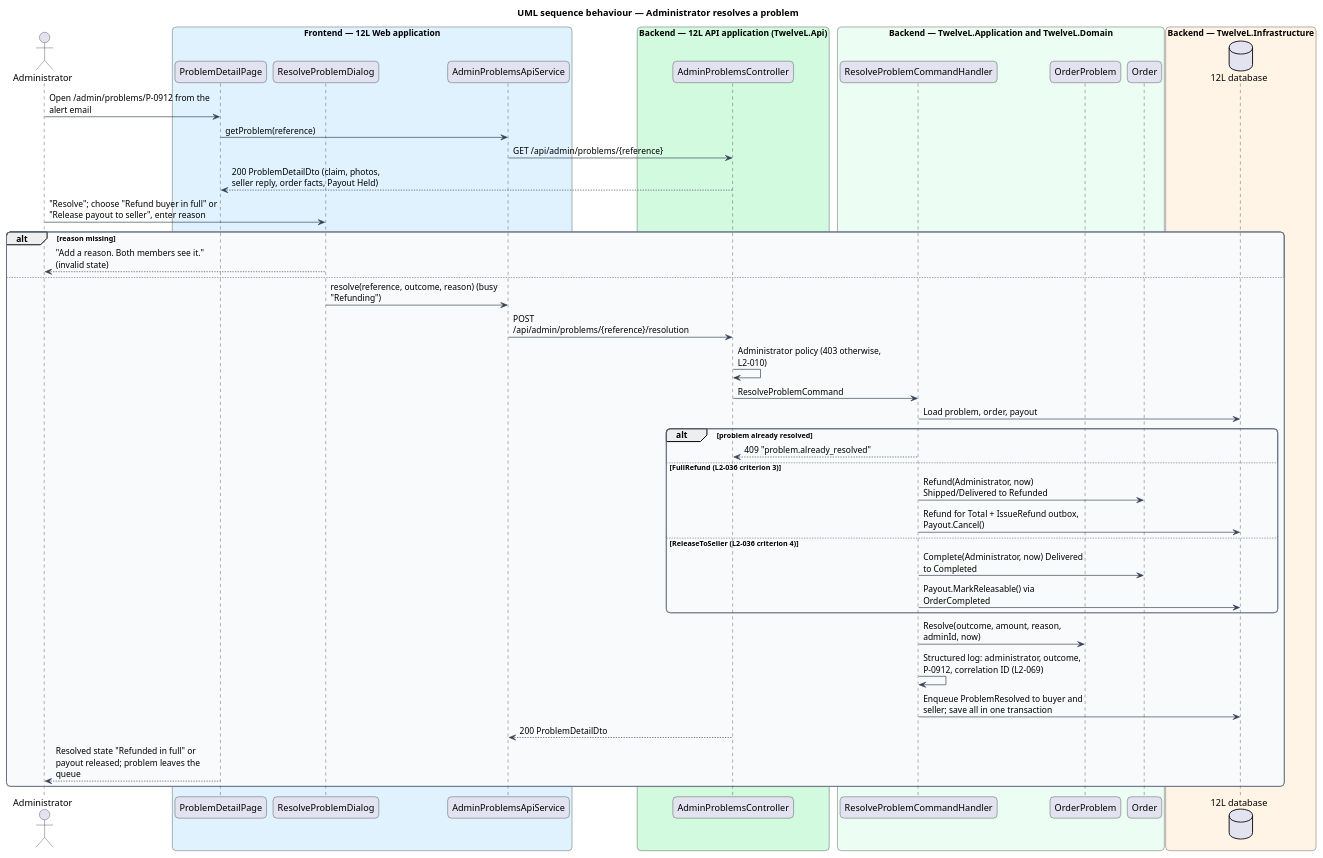
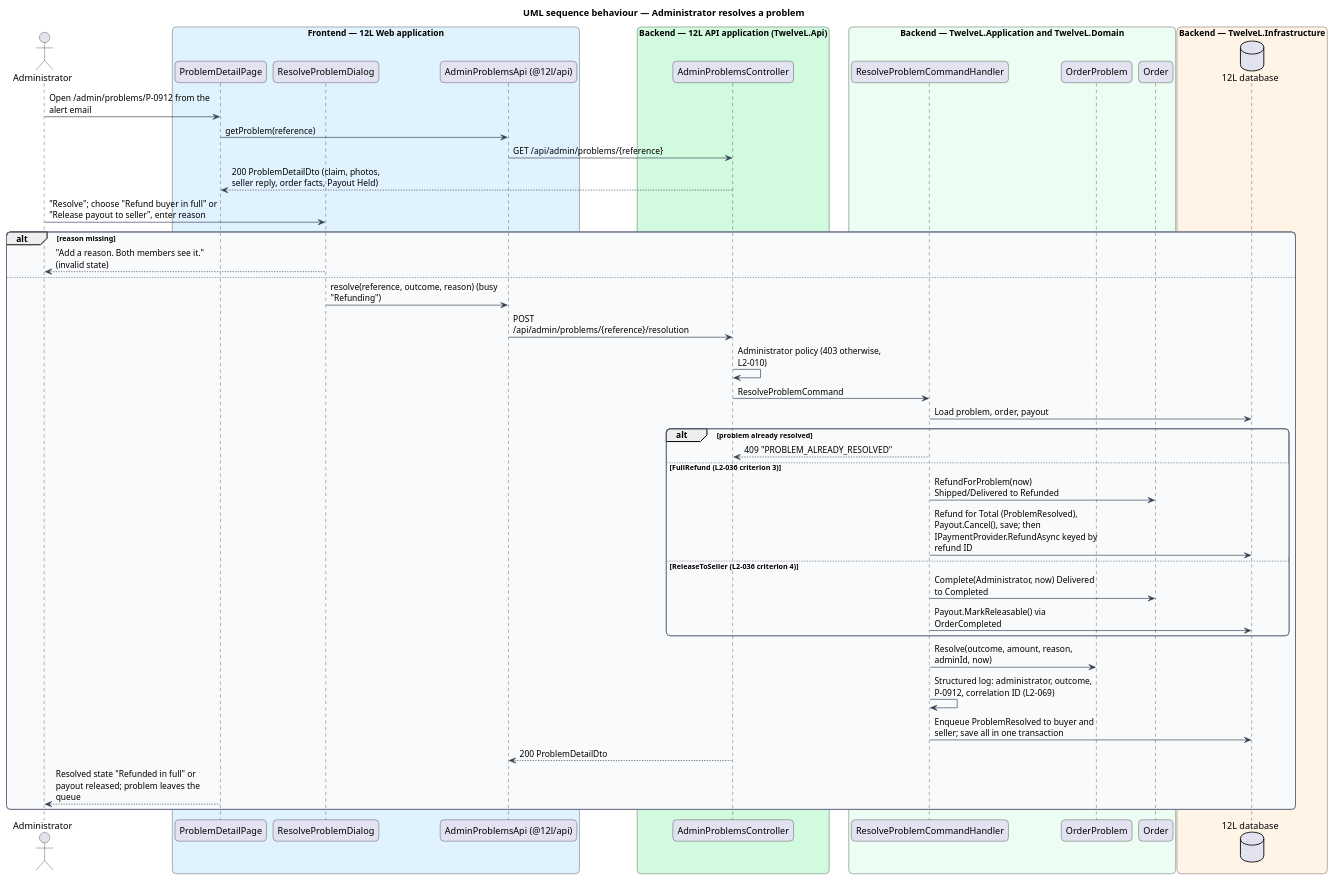
One commit to QuinntyneBrown/12l changed the diagram in docs/detailed-designs/orders/resolve-order-problems/diagrams/sequence-resolve-problem.puml. Above: the diagram before and after it, drawn with PlantUML. The commit also changed 76 other files, not shown here.

Commit message:
Document resolve-order-problems: design, ADR orders/0007, L2-036, design system, composition, mocks, estimates

```diff
--- a/docs/detailed-designs/orders/resolve-order-problems/diagrams/sequence-resolve-problem.puml
+++ b/docs/detailed-designs/orders/resolve-order-problems/diagrams/sequence-resolve-problem.puml
@@ -1,64 +1,64 @@
 @startuml
 title UML sequence behaviour — Administrator resolves a problem
 skinparam backgroundColor #FFFFFF
 skinparam shadowing false
 skinparam roundcorner 12
 skinparam defaultFontName Arial
 skinparam ArrowColor #344054
 skinparam rectangle {
   BorderColor #344054
   FontColor #101828
 }
 skinparam package {
   BorderColor #667085
   FontColor #101828
   BackgroundColor #F9FAFB
 }
 skinparam sequenceMessageAlign left
 skinparam maxMessageSize 260
 actor "Administrator" as actor
 box "Frontend — 12L Web application" #E0F2FE
   participant "ProblemDetailPage" as page
   participant "ResolveProblemDialog" as dlg
-  participant "AdminProblemsApiService" as client
+  participant "AdminProblemsApi (@12l/api)" as client
 end box
 box "Backend — 12L API application (TwelveL.Api)" #D1FADF
   participant "AdminProblemsController" as ctrl
 end box
 box "Backend — TwelveL.Application and TwelveL.Domain" #ECFDF3
   participant "ResolveProblemCommandHandler" as h
   participant "OrderProblem" as prob
   participant "Order" as order
 end box
 box "Backend — TwelveL.Infrastructure" #FFF4E5
   database "12L database" as db
 end box
 actor -> page : Open /admin/problems/P-0912 from the alert email
 page -> client : getProblem(reference)
 client -> ctrl : GET /api/admin/problems/{reference}
 ctrl --> page : 200 ProblemDetailDto (claim, photos, seller reply, order facts, Payout Held)
 actor -> dlg : "Resolve"; choose "Refund buyer in full" or "Release payout to seller", enter reason
 alt reason missing
   dlg --> actor : "Add a reason. Both members see it." (invalid state)
 else
   dlg -> client : resolve(reference, outcome, reason) (busy "Refunding")
   client -> ctrl : POST /api/admin/problems/{reference}/resolution
   ctrl -> ctrl : Administrator policy (403 otherwise, L2-010)
   ctrl -> h : ResolveProblemCommand
   h -> db : Load problem, order, payout
   alt problem already resolved
-    h --> ctrl : 409 "problem.already_resolved"
+    h --> ctrl : 409 "PROBLEM_ALREADY_RESOLVED"
   else FullRefund (L2-036 criterion 3)
-    h -> order : Refund(Administrator, now) Shipped/Delivered to Refunded
-    h -> db : Refund for Total + IssueRefund outbox, Payout.Cancel()
+    h -> order : RefundForProblem(now) Shipped/Delivered to Refunded
+    h -> db : Refund for Total (ProblemResolved), Payout.Cancel(), save; then IPaymentProvider.RefundAsync keyed by refund ID
   else ReleaseToSeller (L2-036 criterion 4)
     h -> order : Complete(Administrator, now) Delivered to Completed
     h -> db : Payout.MarkReleasable() via OrderCompleted
   end
   h -> prob : Resolve(outcome, amount, reason, adminId, now)
   h -> h : Structured log: administrator, outcome, P-0912, correlation ID (L2-069)
   h -> db : Enqueue ProblemResolved to buyer and seller; save all in one transaction
   ctrl --> client : 200 ProblemDetailDto
   page --> actor : Resolved state "Refunded in full" or payout released; problem leaves the queue
 end
 @enduml
```
